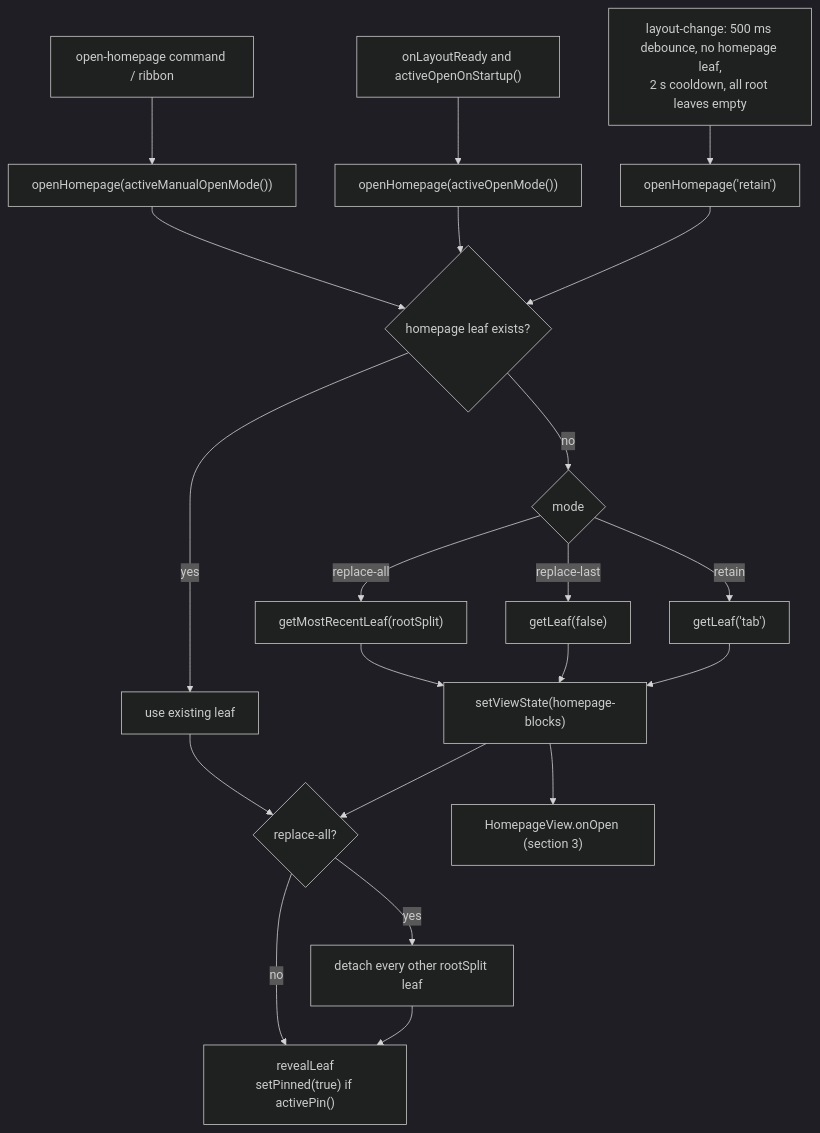
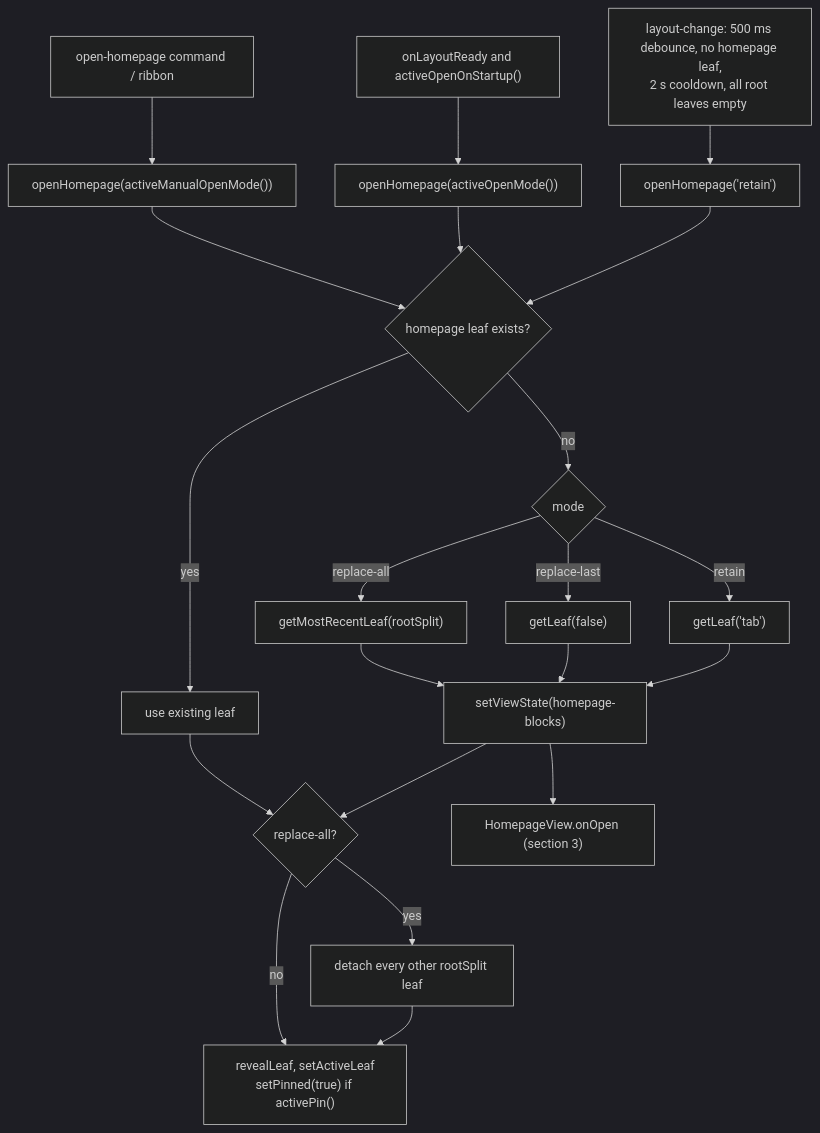
Before and after one commit to acaprino/obsidian-plugin-homepage: the third of 15 diagrams in docs/flows.md, drawn with Mermaid (dark theme). The commit also changed other lines of this file and 11 other files, not shown here.

````diff
--- a/docs/flows.md
+++ b/docs/flows.md
@@ -170,23 +174,23 @@
 ```mermaid
 flowchart TD
   S1["open-homepage command / ribbon"] --> M1["openHomepage(activeManualOpenMode())"]
   S2["onLayoutReady and activeOpenOnStartup()"] --> M2["openHomepage(activeOpenMode())"]
   S3["layout-change: 500 ms debounce, no homepage leaf,<br/>2 s cooldown, all root leaves empty"] --> M3["openHomepage('retain')"]
   M1 --> X{"homepage leaf exists?"}
   M2 --> X
   M3 --> X
   X -- "yes" --> E["use existing leaf"]
   X -- "no" --> Y{"mode"}
   Y -- "replace-all" --> A["getMostRecentLeaf(rootSplit)"]
   Y -- "replace-last" --> B["getLeaf(false)"]
   Y -- "retain" --> C["getLeaf('tab')"]
   A --> V["setViewState(homepage-blocks)"]
   B --> V
   C --> V
   E --> Z{"replace-all?"}
   V --> Z
   Z -- "yes" --> D["detach every other rootSplit leaf"]
-  Z -- "no" --> R["revealLeaf<br/>setPinned(true) if activePin()"]
+  Z -- "no" --> R["revealLeaf, setActiveLeaf<br/>setPinned(true) if activePin()"]
   D --> R
   V --> O["HomepageView.onOpen (section 3)"]
 ```
````
